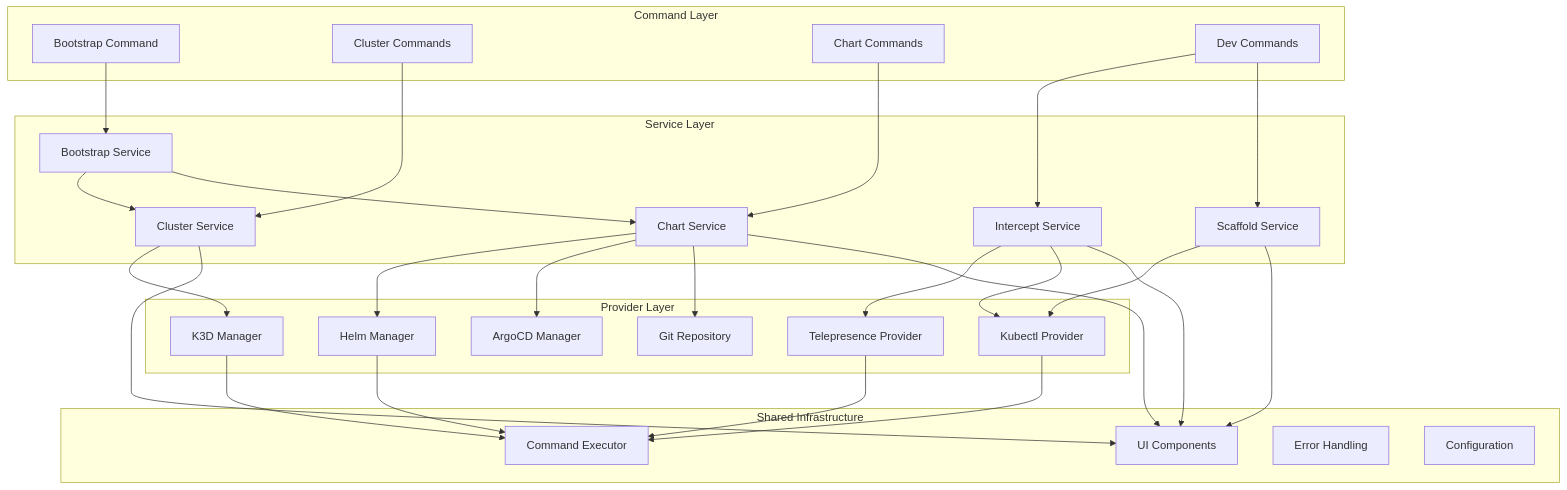
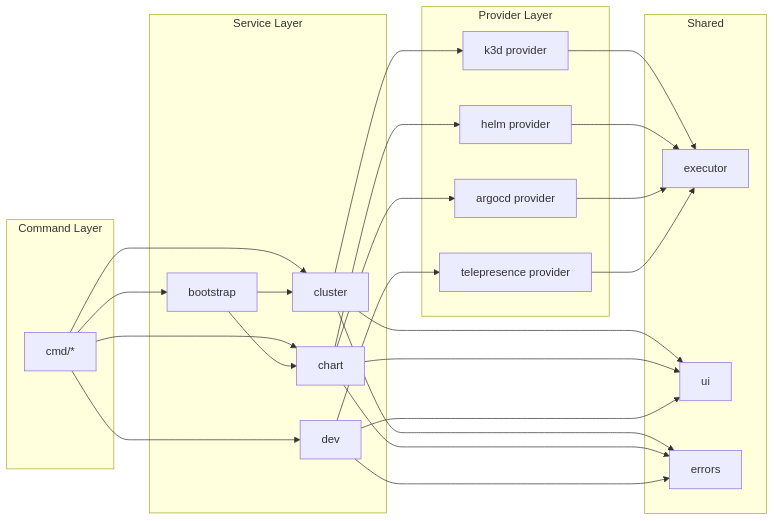
Before and after one commit to flamingo-stack/openframe-cli: the second of 4 diagrams in docs/reference/architecture/overview.md, drawn with Mermaid. The commit also changed other lines of this file and 5 other files, not shown here.

````diff
--- a/docs/reference/architecture/overview.md
+++ b/docs/reference/architecture/overview.md
@@ -59,60 +73,52 @@
 ```mermaid
-graph TB
+graph LR
     subgraph "Command Layer"
-        BootstrapCmd[Bootstrap Command]
-        ClusterCmd[Cluster Commands]
-        ChartCmd[Chart Commands]
-        DevCmd[Dev Commands]
+        CMD[cmd/*]
     end
     
-    subgraph "Service Layer"
-        BootstrapSvc[Bootstrap Service]
-        ClusterSvc[Cluster Service]
-        ChartSvc[Chart Service]
-        InterceptSvc[Intercept Service]
-        ScaffoldSvc[Scaffold Service]
+    subgraph "Service Layer"  
+        CLUSTER[cluster]
+        CHART[chart]
+        DEV[dev]
+        BOOTSTRAP[bootstrap]
     end
     
     subgraph "Provider Layer"
-        K3DProvider[K3D Manager]
-        HelmProvider[Helm Manager]
-        ArgoCDProvider[ArgoCD Manager]
-        GitProvider[Git Repository]
-        TelepresenceProvider[Telepresence Provider]
-        KubectlProvider[Kubectl Provider]
+        K3D[k3d provider]
+        HELM[helm provider]
+        ARGOCD[argocd provider]
+        TELEPRESENCE[telepresence provider]
     end
     
-    subgraph "Shared Infrastructure"
-        UI[UI Components]
-        Executor[Command Executor]
-        ErrorHandler[Error Handling]
-        Config[Configuration]
+    subgraph "Shared"
+        EXECUTOR[executor]
+        UI[ui]
+        ERRORS[errors]
     end
     
-    BootstrapCmd --> BootstrapSvc
-    ClusterCmd --> ClusterSvc
-    ChartCmd --> ChartSvc
-    DevCmd --> InterceptSvc
-    DevCmd --> ScaffoldSvc
+    CMD --> BOOTSTRAP
+    CMD --> CLUSTER
+    CMD --> CHART  
+    CMD --> DEV
     
-    BootstrapSvc --> ClusterSvc
-    BootstrapSvc --> ChartSvc
+    BOOTSTRAP --> CLUSTER
+    BOOTSTRAP --> CHART
     
-    ClusterSvc --> K3DProvider
-    ChartSvc --> HelmProvider
-    ChartSvc --> ArgoCDProvider
-    ChartSvc --> GitProvider
-    InterceptSvc --> TelepresenceProvider
-    InterceptSvc --> KubectlProvider
-    ScaffoldSvc --> KubectlProvider
+    CLUSTER --> K3D
+    CHART --> HELM
+    CHART --> ARGOCD
+    DEV --> TELEPRESENCE
     
-    ClusterSvc --> UI
-    ChartSvc --> UI
-    InterceptSvc --> UI
-    ScaffoldSvc --> UI
+    CLUSTER --> UI
+    CHART --> UI
+    DEV --> UI
     
-    K3DProvider --> Executor
-    HelmProvider --> Executor
-    TelepresenceProvider --> Executor
-    KubectlProvider --> Executor
+    K3D --> EXECUTOR
+    HELM --> EXECUTOR
+    ARGOCD --> EXECUTOR
+    TELEPRESENCE --> EXECUTOR
+    
+    CLUSTER --> ERRORS
+    CHART --> ERRORS
+    DEV --> ERRORS
 ```
````
